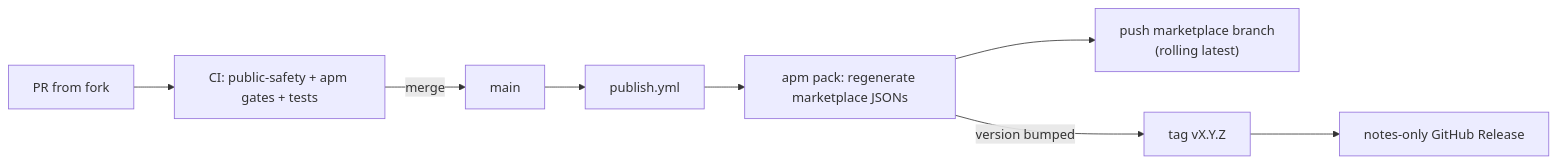
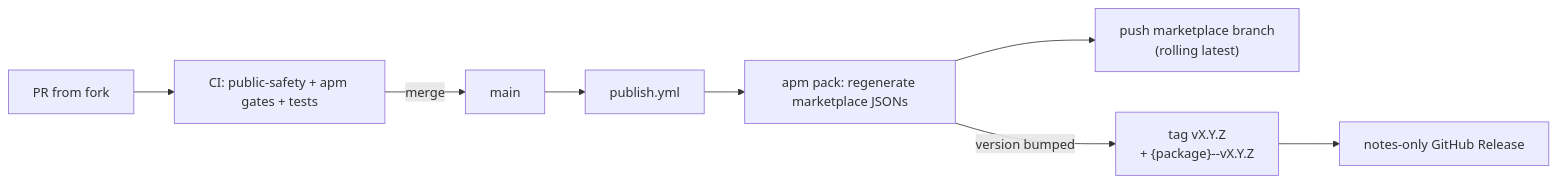
Before and after one commit to Operating-Scalas-Software/agentic-survival-toolbox: the diagram in docs/marketplace-release-process.md, drawn with Mermaid. The commit also changed other lines of this file and 7 other files, not shown here.

````diff
--- a/docs/marketplace-release-process.md
+++ b/docs/marketplace-release-process.md
@@ -13,10 +16,10 @@
 ```mermaid
 flowchart LR
   PR["PR from fork"] --> CI["CI: public-safety + apm gates + tests"]
   CI -->|merge| MAIN["main"]
   MAIN --> PUB["publish.yml"]
   PUB --> GATES["apm pack: regenerate marketplace JSONs"]
   GATES --> MP["push marketplace branch<br/>(rolling latest)"]
-  GATES -->|version bumped| TAG["tag vX.Y.Z"]
+  GATES -->|version bumped| TAG["tag vX.Y.Z<br/>+ {package}--vX.Y.Z"]
   TAG --> REL["notes-only GitHub Release"]
 ```
````
